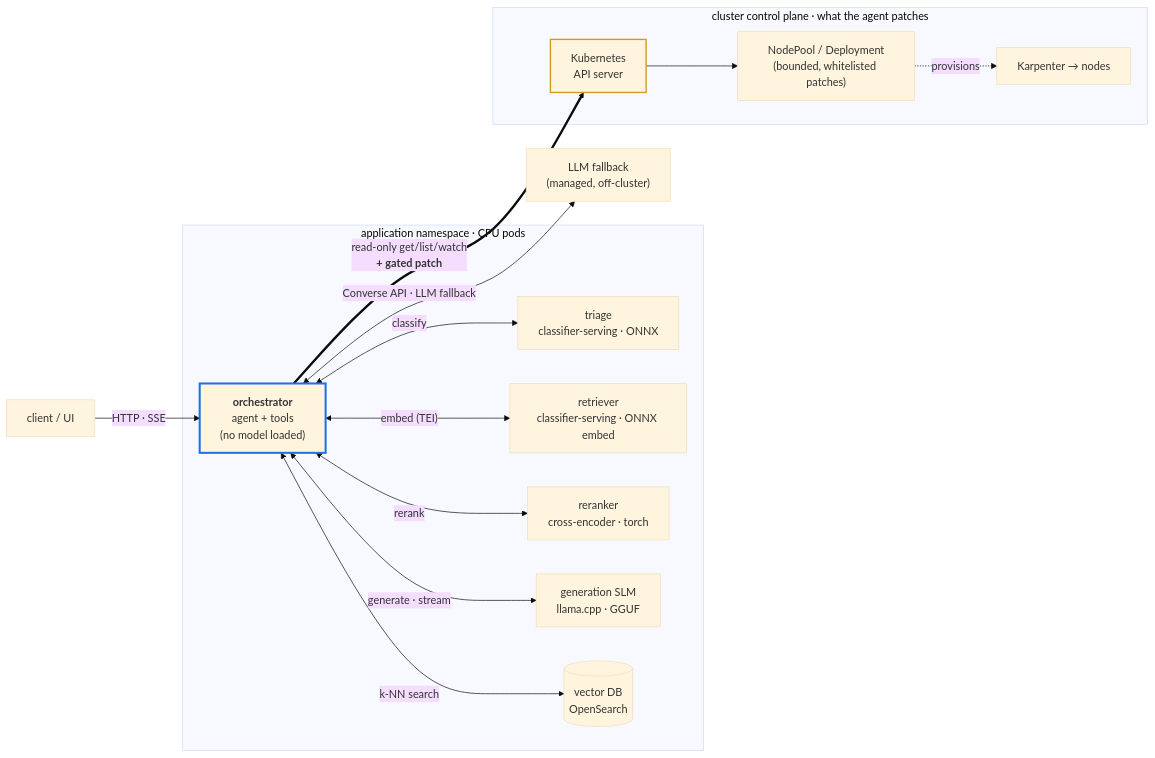
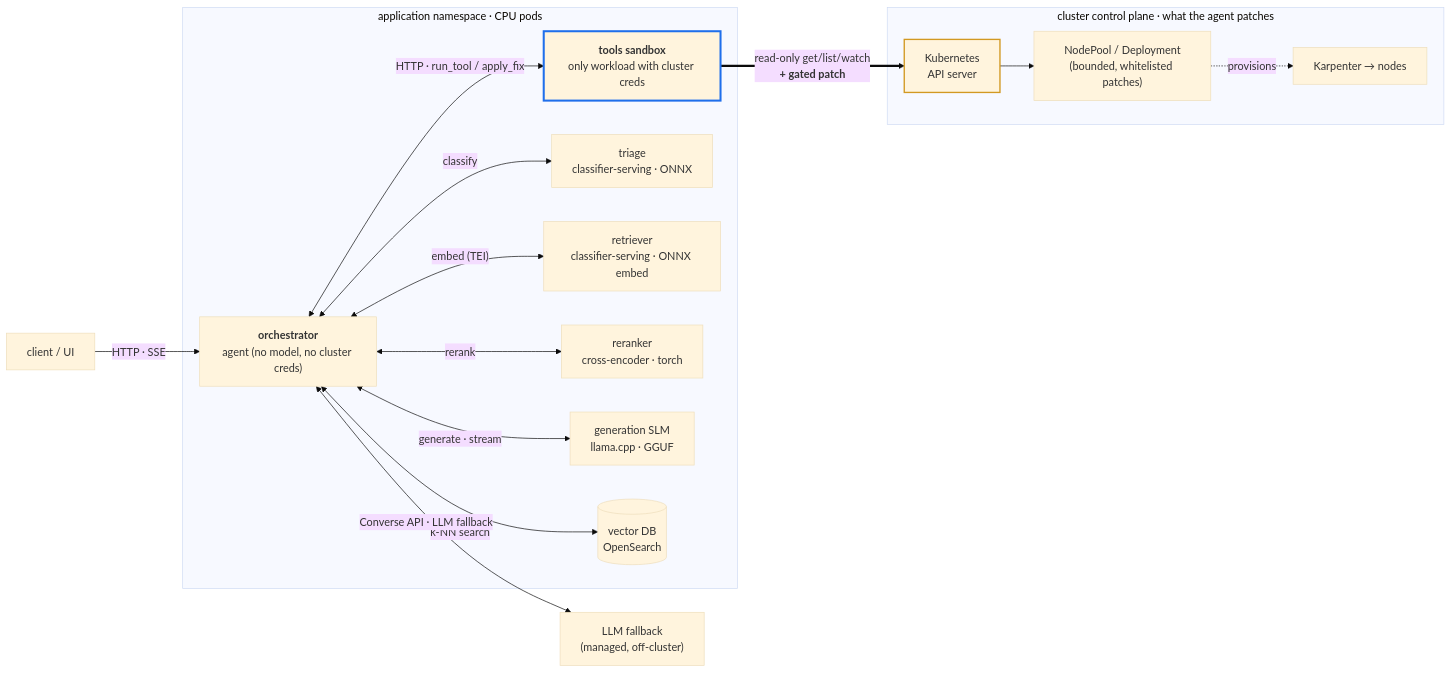
Before and after one commit to aws-samples/sample-slemify: the diagram in docs/deep-dive/serving.md, drawn with Mermaid (base theme). The commit also changed other lines of this file and 1 other file, not shown here.

````diff
--- a/docs/deep-dive/serving.md
+++ b/docs/deep-dive/serving.md
@@ -496,33 +497,35 @@
 ```mermaid
 flowchart LR
     UI["client / UI"] -->|"HTTP · SSE"| ORCH
 
     subgraph NS["application namespace · CPU pods"]
-        ORCH["<b>orchestrator</b><br/>agent + tools<br/>(no model loaded)"]
+        ORCH["<b>orchestrator</b><br/>agent (no model, no cluster creds)"]
+        TOOLS["<b>tools sandbox</b><br/>only workload with cluster creds"]
         TRIAGE["triage<br/>classifier-serving · ONNX"]
         RETR["retriever<br/>classifier-serving · ONNX embed"]
         RERANK["reranker<br/>cross-encoder · torch"]
         AUD["generation SLM<br/>llama.cpp · GGUF"]
         OS[("vector DB<br/>OpenSearch")]
     end
 
     ORCH <-->|"classify"| TRIAGE
     ORCH <-->|"embed (TEI)"| RETR
     ORCH <-->|"k-NN search"| OS
     ORCH <-->|"rerank"| RERANK
     ORCH <-->|"generate · stream"| AUD
+    ORCH <-->|"HTTP · run_tool / apply_fix"| TOOLS
     ORCH <-->|"Converse API · LLM fallback"| BR["LLM fallback<br/>(managed, off-cluster)"]
 
     subgraph WP["cluster control plane · what the agent patches"]
         API["Kubernetes<br/>API server"]
         NP["NodePool / Deployment<br/>(bounded, whitelisted patches)"]
         KARP["Karpenter → nodes"]
     end
 
-    ORCH ==>|"read-only get/list/watch<br/><b>+ gated patch</b>"| API
+    TOOLS ==>|"read-only get/list/watch<br/><b>+ gated patch</b>"| API
     API --> NP
     NP -.->|provisions| KARP
 
-    style ORCH stroke:#1f6feb,stroke-width:3px
+    style TOOLS stroke:#1f6feb,stroke-width:3px
     style API stroke:#d29922,stroke-width:2px
 ```
````
